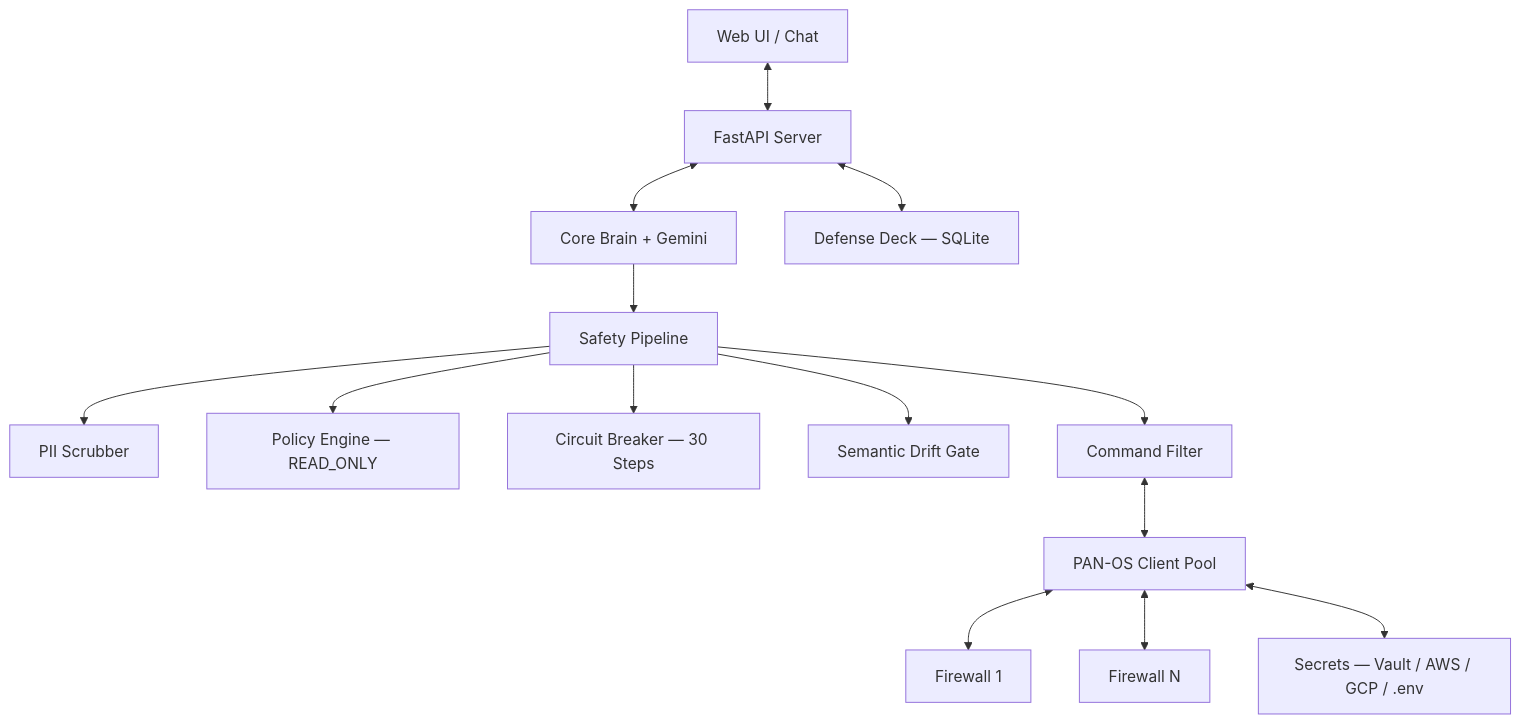
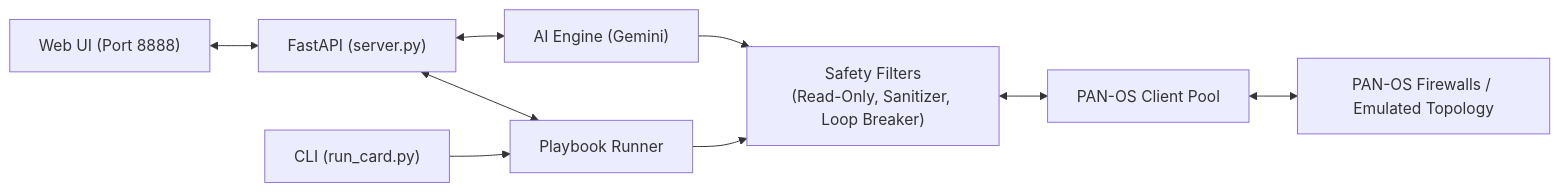
Before and after one commit to FUEL-user-community/firewall-ai: the diagram in README.md, drawn with Mermaid. The commit also changed other lines of this file and 75 other files, not shown here.

First line of the commit message:
feat(core): autonomous inspection engine refactor, safety hardening, and attack range integration

````diff
--- a/README.md
+++ b/README.md
@@ -26,19 +157,14 @@
 ```mermaid
-flowchart TD
-    UI["Web UI / Chat"] <--> Server["FastAPI Server"]
-    Server <--> Brain["Core Brain + Gemini"]
-
-    Brain --> Safety["Safety Pipeline"]
-    Safety --> PII["PII Scrubber"]
-    Safety --> Policy["Policy Engine — READ_ONLY"]
-    Safety --> CB["Circuit Breaker — 30 Steps"]
-    Safety --> Drift["Semantic Drift Gate"]
-    Safety --> Filter["Command Filter"]
-
-    Filter <--> Pool["PAN-OS Client Pool"]
-    Pool <--> FW1["Firewall 1"]
-    Pool <--> FW2["Firewall N"]
-
-    Server <--> Cards["Defense Deck — SQLite"]
-    Pool <--> Secrets["Secrets — Vault / AWS / GCP / .env"]
+flowchart LR
+    Browser["Web UI (Port 8888)"] <--> Server["FastAPI (server.py)"]
+    CLI["CLI (run_card.py)"] --> Runner["Playbook Runner"]
+    
+    Server <--> Runner
+    Server <--> Brain["AI Engine (Gemini)"]
+    
+    Brain --> Safety["Safety Filters\n(Read-Only, Sanitizer, Loop Breaker)"]
+    Runner --> Safety
+    
+    Safety <--> Pool["PAN-OS Client Pool"]
+    Pool <--> FW["PAN-OS Firewalls / Emulated Topology"]
 ```
````
